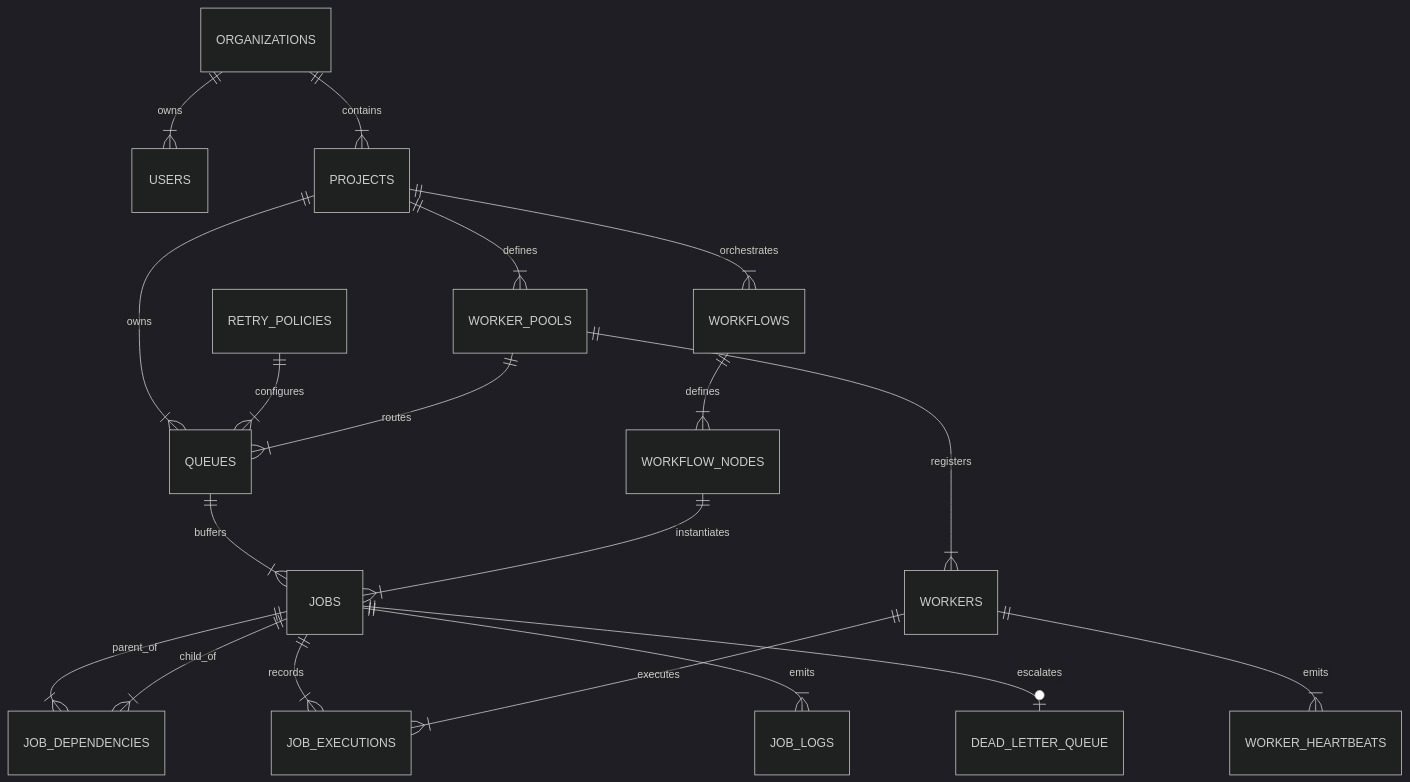
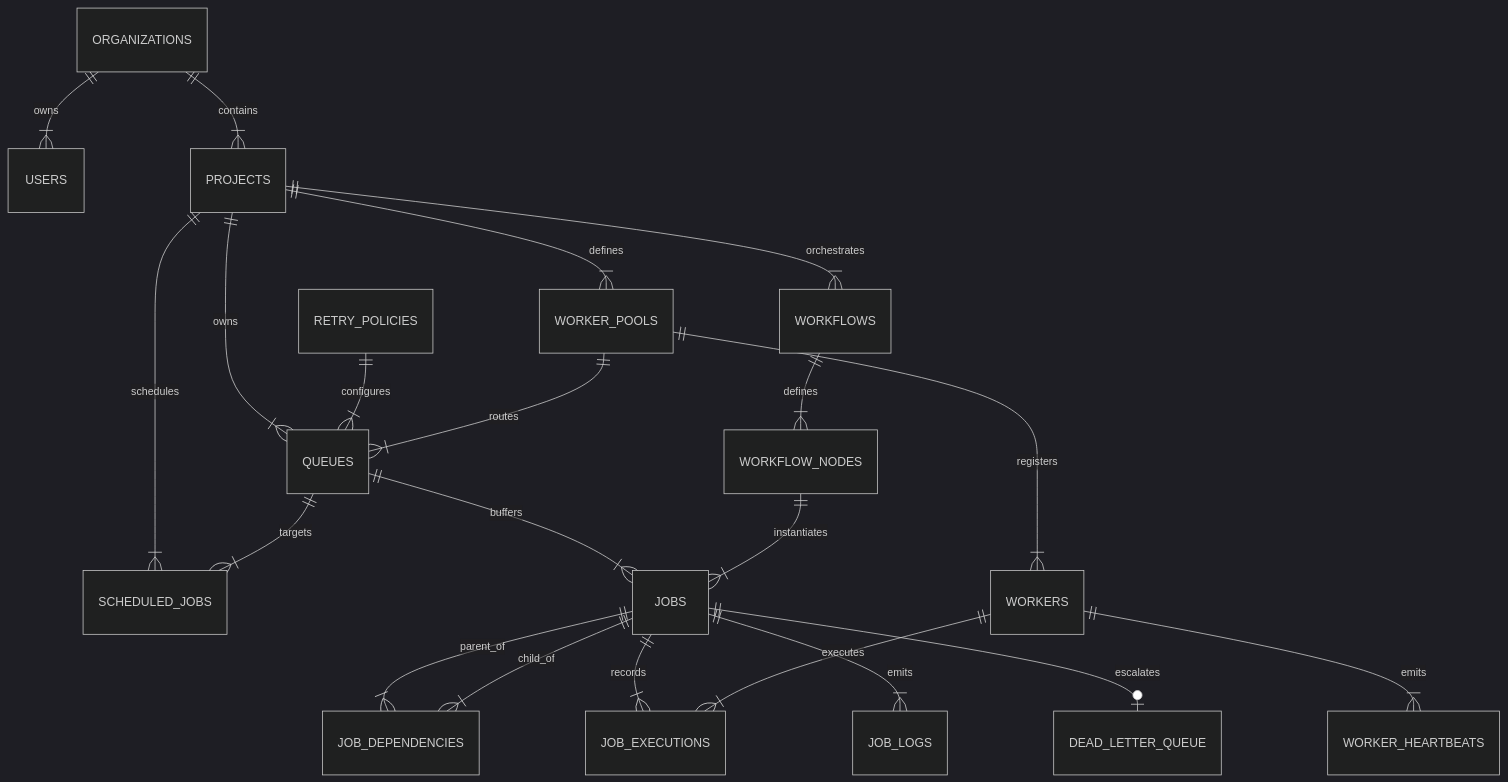
The diagram in docs/ER_DIAGRAM.md (Lakshman2405/distributed-job-scheduler), drawn with Mermaid (dark theme) before and after one commit. The commit also changed other lines of this file and 2 other files, not shown here.

Commit message:
docs: update ER Diagram image and align 16-entity schema specs with db.ts

````diff
--- a/docs/ER_DIAGRAM.md
+++ b/docs/ER_DIAGRAM.md
@@ -13,25 +13,27 @@
 ```mermaid
 erDiagram
     ORGANIZATIONS ||--|{ USERS : owns
     ORGANIZATIONS ||--|{ PROJECTS : contains
     PROJECTS ||--|{ WORKER_POOLS : defines
     PROJECTS ||--|{ QUEUES : owns
     PROJECTS ||--|{ WORKFLOWS : orchestrates
+    PROJECTS ||--|{ SCHEDULED_JOBS : schedules
     
     RETRY_POLICIES ||--|{ QUEUES : configures
     WORKER_POOLS ||--|{ QUEUES : routes
     WORKER_POOLS ||--|{ WORKERS : registers
     
     QUEUES ||--|{ JOBS : buffers
+    QUEUES ||--|{ SCHEDULED_JOBS : targets
     WORKFLOWS ||--|{ WORKFLOW_NODES : defines
     WORKFLOW_NODES ||--|{ JOBS : instantiates
     
     JOBS ||--|{ JOB_DEPENDENCIES : parent_of
     JOBS ||--|{ JOB_DEPENDENCIES : child_of
     JOBS ||--|{ JOB_EXECUTIONS : records
     JOBS ||--|{ JOB_LOGS : emits
     JOBS ||--o| DEAD_LETTER_QUEUE : escalates
     
     WORKERS ||--|{ WORKER_HEARTBEATS : emits
     WORKERS ||--|{ JOB_EXECUTIONS : executes
 ```
````
